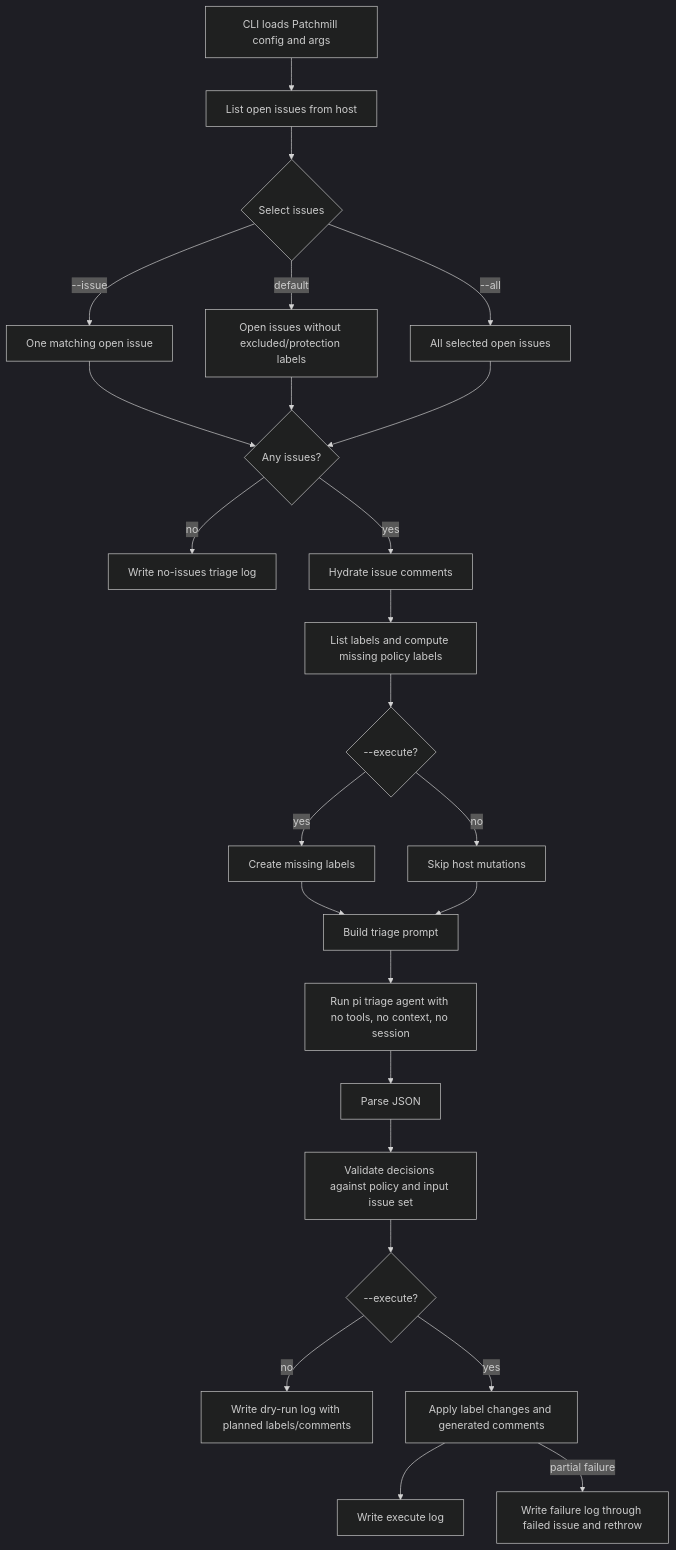
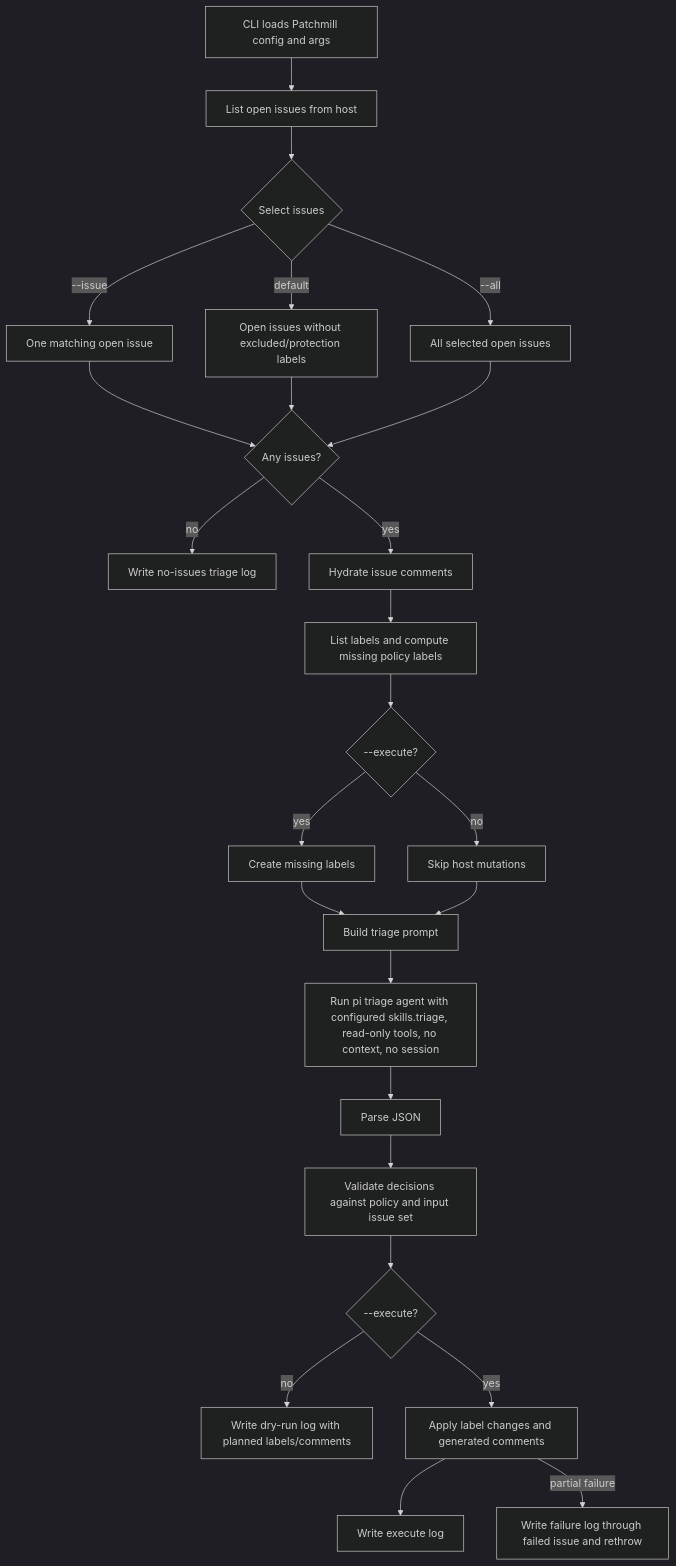
Before and after one commit to rochecompaan/patchmill: the first of 2 diagrams in docs/issue-agent-workflows.md, drawn with Mermaid (dark theme). The commit also changed other lines of this file and 3 other files, not shown here.

````diff
--- a/docs/issue-agent-workflows.md
+++ b/docs/issue-agent-workflows.md
@@ -23,27 +25,27 @@
 ```mermaid
 flowchart TD
   A[CLI loads Patchmill config and args] --> B[List open issues from host]
   B --> C{Select issues}
   C -->|--issue| C1[One matching open issue]
   C -->|default| C2[Open issues without excluded/protection labels]
   C -->|--all| C3[All selected open issues]
   C1 --> D{Any issues?}
   C2 --> D
   C3 --> D
   D -->|no| Z[Write no-issues triage log]
   D -->|yes| E[Hydrate issue comments]
   E --> F[List labels and compute missing policy labels]
   F --> G{--execute?}
   G -->|yes| H[Create missing labels]
   G -->|no| I[Skip host mutations]
   H --> J[Build triage prompt]
   I --> J
-  J --> K[Run pi triage agent with no tools, no context, no session]
+  J --> K[Run pi triage agent with configured skills.triage, read-only tools, no context, no session]
   K --> L[Parse JSON]
   L --> M[Validate decisions against policy and input issue set]
   M --> N{--execute?}
   N -->|no| O[Write dry-run log with planned labels/comments]
   N -->|yes| P[Apply label changes and generated comments]
   P --> Q[Write execute log]
   P -->|partial failure| R[Write failure log through failed issue and rethrow]
 ```
````
